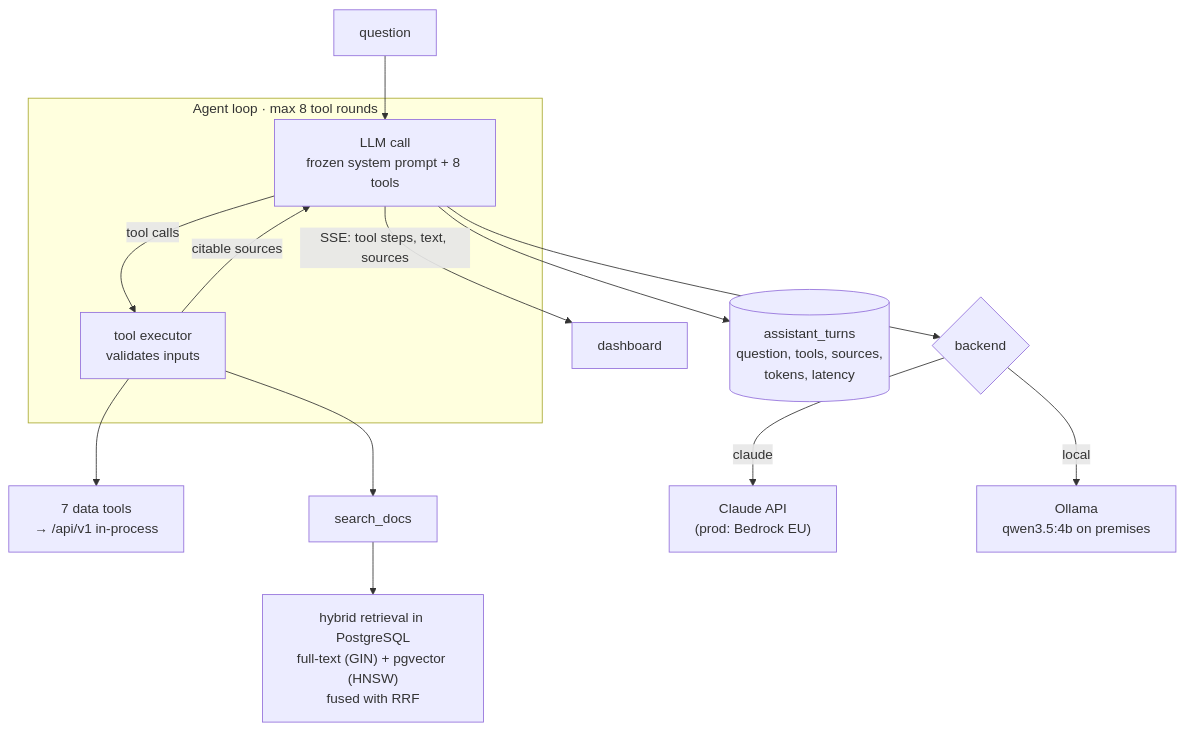
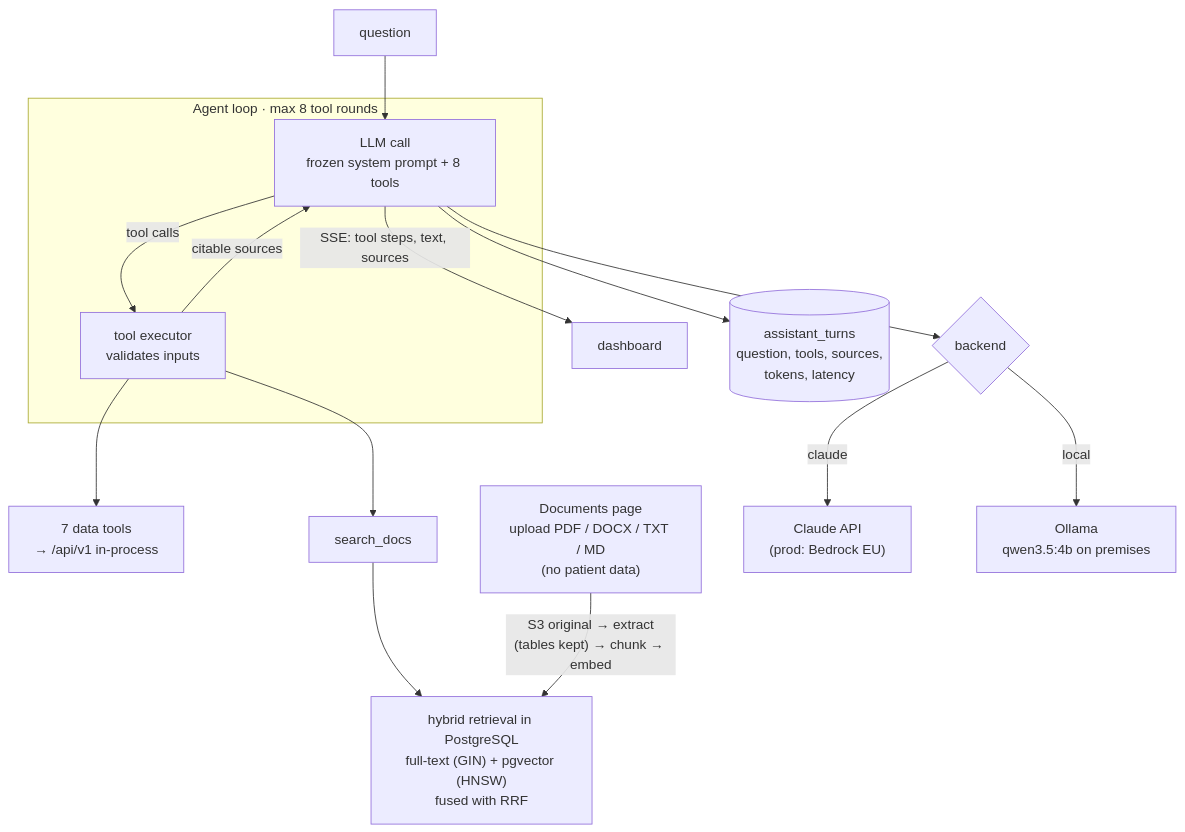
One commit to ZeeetOne/CochleaHub changed the diagram in docs/architecture/07-assistant.md. Above: the diagram before and after it, drawn with Mermaid. The commit also changed other lines of this file and 4 other files, not shown here.

````diff
--- a/docs/architecture/07-assistant.md
+++ b/docs/architecture/07-assistant.md
@@ -6,16 +6,17 @@
 ```mermaid
 flowchart TB
     Q["question"] --> LOOP
     subgraph agent["Agent loop · max 8 tool rounds"]
         LOOP["LLM call<br/>frozen system prompt + 8 tools"] -->|tool calls| EX["tool executor<br/>validates inputs"]
         EX -->|citable sources| LOOP
     end
     EX --> DATA["7 data tools<br/>→ /api/v1 in-process"]
     EX --> DOCS["search_docs"]
     DOCS --> HY["hybrid retrieval in PostgreSQL<br/>full-text (GIN) + pgvector (HNSW)<br/>fused with RRF"]
+    UP["Documents page<br/>upload PDF / DOCX / TXT / MD<br/>(no patient data)"] -->|"S3 original → extract<br/>(tables kept) → chunk → embed"| HY
     LOOP --> BK{"backend"}
     BK -->|claude| CL["Claude API<br/>(prod: Bedrock EU)"]
     BK -->|local| OL["Ollama<br/>qwen3.5:4b on premises"]
     LOOP -->|"SSE: tool steps, text, sources"| UI["dashboard"]
     LOOP --> LOG[("assistant_turns<br/>question, tools, sources,<br/>tokens, latency")]
 ```
````
